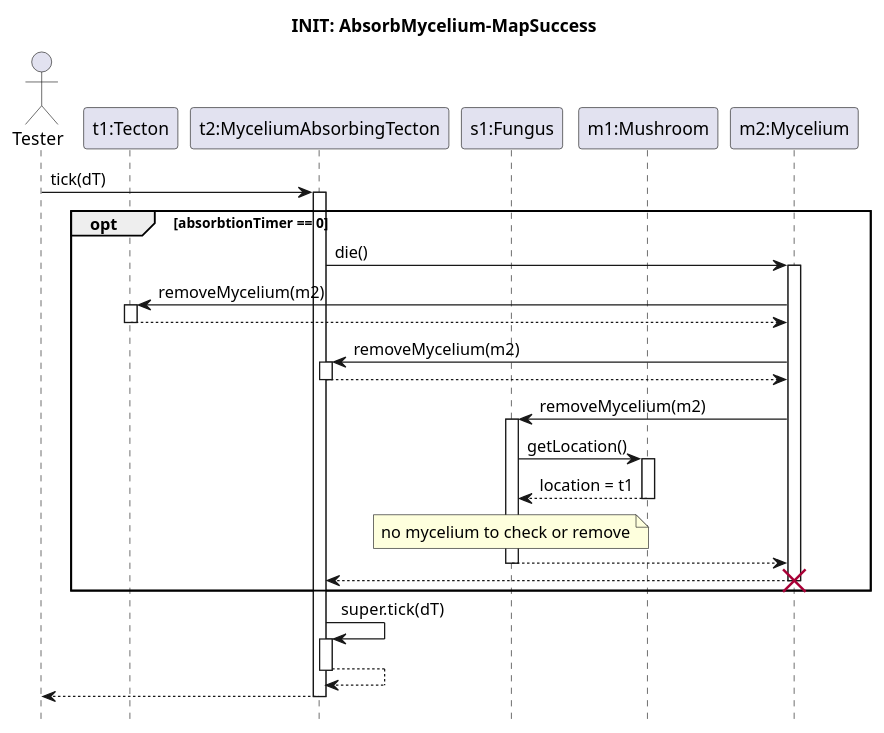
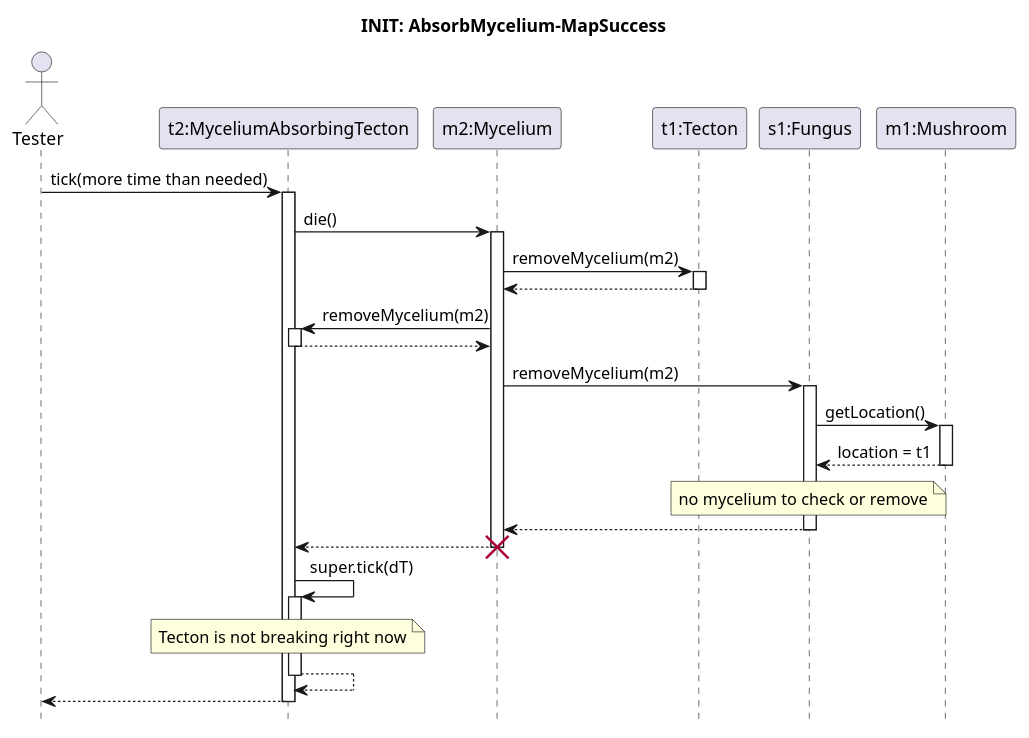
The diagram in Skeleton/Absorb-mycelium/success.pu (ZD4ve/projlab-error521), drawn with PlantUML before and after one commit.

Commit message:
Absorb comment and formatting

```diff
--- a/Skeleton/Absorb-mycelium/success.pu
+++ b/Skeleton/Absorb-mycelium/success.pu
@@ -1,51 +1,40 @@
 @startuml absorb-mycelium-success
 hide footbox
 
 title INIT: AbsorbMycelium-MapSuccess
 
 actor Tester as S
+participant "t2:MyceliumAbsorbingTecton" as t2
+participant "m2:Mycelium" as m2
 participant "t1:Tecton" as t1
-participant "t2:MyceliumAbsorbingTecton" as t2
 participant "s1:Fungus" as s1
 participant "m1:Mushroom" as m1
-participant "m2:Mycelium" as m2
 
-S -> t2 : tick(dT)
+S -> t2 : tick(more time than needed)
 activate t2
-
-opt absorbtionTimer == 0
     t2 -> m2 : die()
     activate m2
+        m2 -> t1 : removeMycelium(m2)
+        activate t1
+        return
 
-    m2 -> t1 : removeMycelium(m2)
-    activate t1
+        m2 -> t2 : removeMycelium(m2)
+        activate t2
+        return
 
-    return
-
-    m2 -> t2 : removeMycelium(m2)
-    activate t2
-
-    return
-
-    m2 -> s1 : removeMycelium(m2)
-    activate s1
-
-    s1 -> m1 : getLocation()
-    activate m1
-
-    return location = t1
-
-    note over s1 : no mycelium to check or remove
-
-    return
+        m2 -> s1 : removeMycelium(m2)
+        activate s1
+            s1 -> m1 : getLocation()
+            activate m1
+            return location = t1
+            note over s1 : no mycelium to check or remove
+        return
     return
     destroy m2
-end
-
-t2 -> t2 : super.tick(dT)
-activate t2
-return
-
+    t2 -> t2 : super.tick(dT)
+    activate t2
+    note over t2 : Tecton is not breaking right now
+    return
 return
 
 @enduml
```
